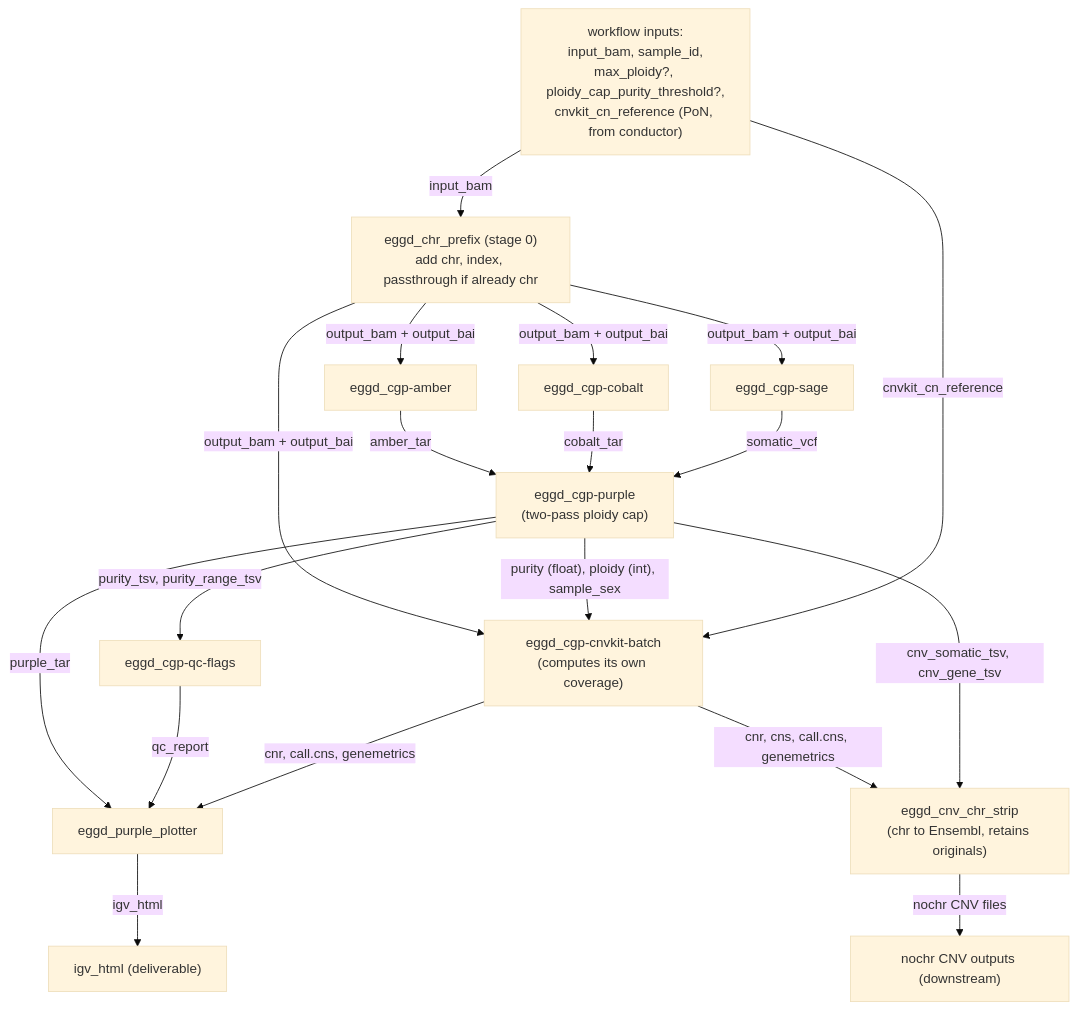
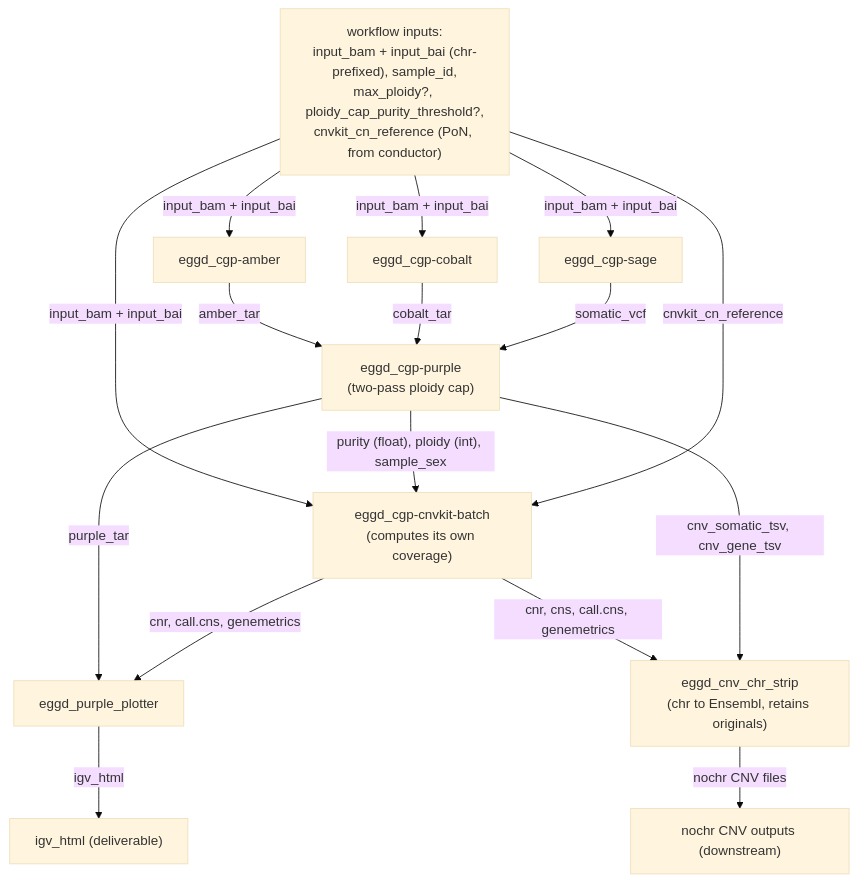
One commit to eastgenomics/eggd_atlas_cnv changed the first of 3 diagrams in specification/DESIGN.md. Above: the diagram before and after it, drawn with Mermaid (base theme). The commit also changed other lines of this file and 7 other files, not shown here.

First line of the commit message:
refactor(workflow): remove eggd_cgp-qc-flags stage from eggd_atlas_cnv

````diff
--- a/specification/DESIGN.md
+++ b/specification/DESIGN.md
@@ -127,29 +124,25 @@
 ```mermaid
 flowchart TD
-    IN["workflow inputs:<br/>input_bam, sample_id,<br/>max_ploidy?, ploidy_cap_purity_threshold?,<br/>cnvkit_cn_reference (PoN, from conductor)"]
+    IN["workflow inputs:<br/>input_bam + input_bai (chr-prefixed), sample_id,<br/>max_ploidy?, ploidy_cap_purity_threshold?,<br/>cnvkit_cn_reference (PoN, from conductor)"]
 
-    IN -->|input_bam| CHR["eggd_chr_prefix (stage 0)<br/>add chr, index, passthrough if already chr"]
-
-    CHR -->|"output_bam + output_bai"| AMBER["eggd_cgp-amber"]
-    CHR -->|"output_bam + output_bai"| COBALT["eggd_cgp-cobalt"]
-    CHR -->|"output_bam + output_bai"| SAGE["eggd_cgp-sage"]
-    CHR -->|"output_bam + output_bai"| BATCH["eggd_cgp-cnvkit-batch<br/>(computes its own coverage)"]
+    IN -->|input_bam + input_bai| AMBER["eggd_cgp-amber"]
+    IN -->|input_bam + input_bai| COBALT["eggd_cgp-cobalt"]
+    IN -->|input_bam + input_bai| SAGE["eggd_cgp-sage"]
+    IN -->|input_bam + input_bai| BATCH["eggd_cgp-cnvkit-batch<br/>(computes its own coverage)"]
 
     AMBER -->|amber_tar| PURPLE["eggd_cgp-purple<br/>(two-pass ploidy cap)"]
     COBALT -->|cobalt_tar| PURPLE
     SAGE -->|somatic_vcf| PURPLE
 
-    PURPLE -->|"purity_tsv, purity_range_tsv"| QC["eggd_cgp-qc-flags"]
     PURPLE -->|"purity (float), ploidy (int), sample_sex"| BATCH
     IN -->|cnvkit_cn_reference| BATCH
 
     PURPLE -->|purple_tar| PLOT["eggd_purple_plotter"]
-    QC -->|qc_report| PLOT
     BATCH -->|"cnr, call.cns, genemetrics"| PLOT
 
     BATCH -->|"cnr, cns, call.cns, genemetrics"| STRIP["eggd_cnv_chr_strip<br/>(chr to Ensembl, retains originals)"]
     PURPLE -->|"cnv_somatic_tsv, cnv_gene_tsv"| STRIP
 
     PLOT -->|igv_html| OUT["igv_html (deliverable)"]
     STRIP -->|"nochr CNV files"| OUT2["nochr CNV outputs (downstream)"]
 ```
````
